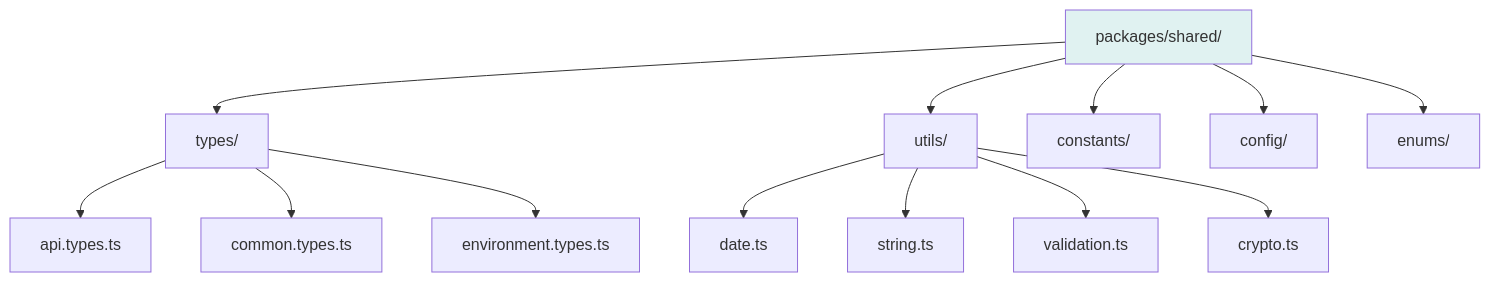
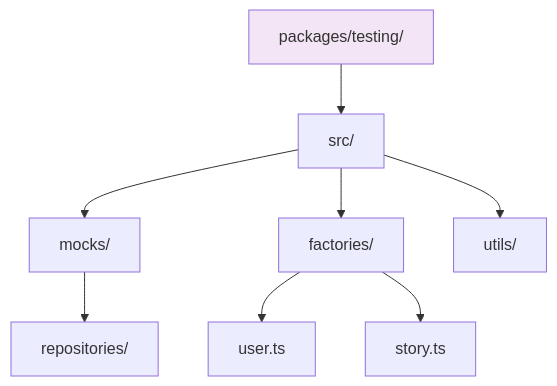
Before and after one commit to 90n9/talepick: the seventh of 12 diagrams in FOLDER_STRUCTURE.md, drawn with Mermaid. The commit also changed other lines of this file and 46 other files, not shown here.

````diff
--- a/FOLDER_STRUCTURE.md
+++ b/FOLDER_STRUCTURE.md
@@ -253,19 +188,13 @@
 ```mermaid
 graph TD
-    A[packages/shared/] --> B[types/]
-    A --> C[utils/]
-    A --> D[constants/]
-    A --> E[config/]
-    A --> F[enums/]
+    A[packages/testing/] --> B[src/]
+    B --> B1[mocks/]
+    B --> B2[factories/]
+    B --> B3[utils/]
 
-    B --> B1[api.types.ts]
-    B --> B2[common.types.ts]
-    B --> B3[environment.types.ts]
+    B1 --> B1a[repositories/]
+    B2 --> B2a[user.ts]
+    B2 --> B2b[story.ts]
 
-    C --> C1[date.ts]
-    C --> C2[string.ts]
-    C --> C3[validation.ts]
-    C --> C4[crypto.ts]
-
-    style A fill:#e0f2f1
+    style A fill:#f3e5f5
 ```
````
